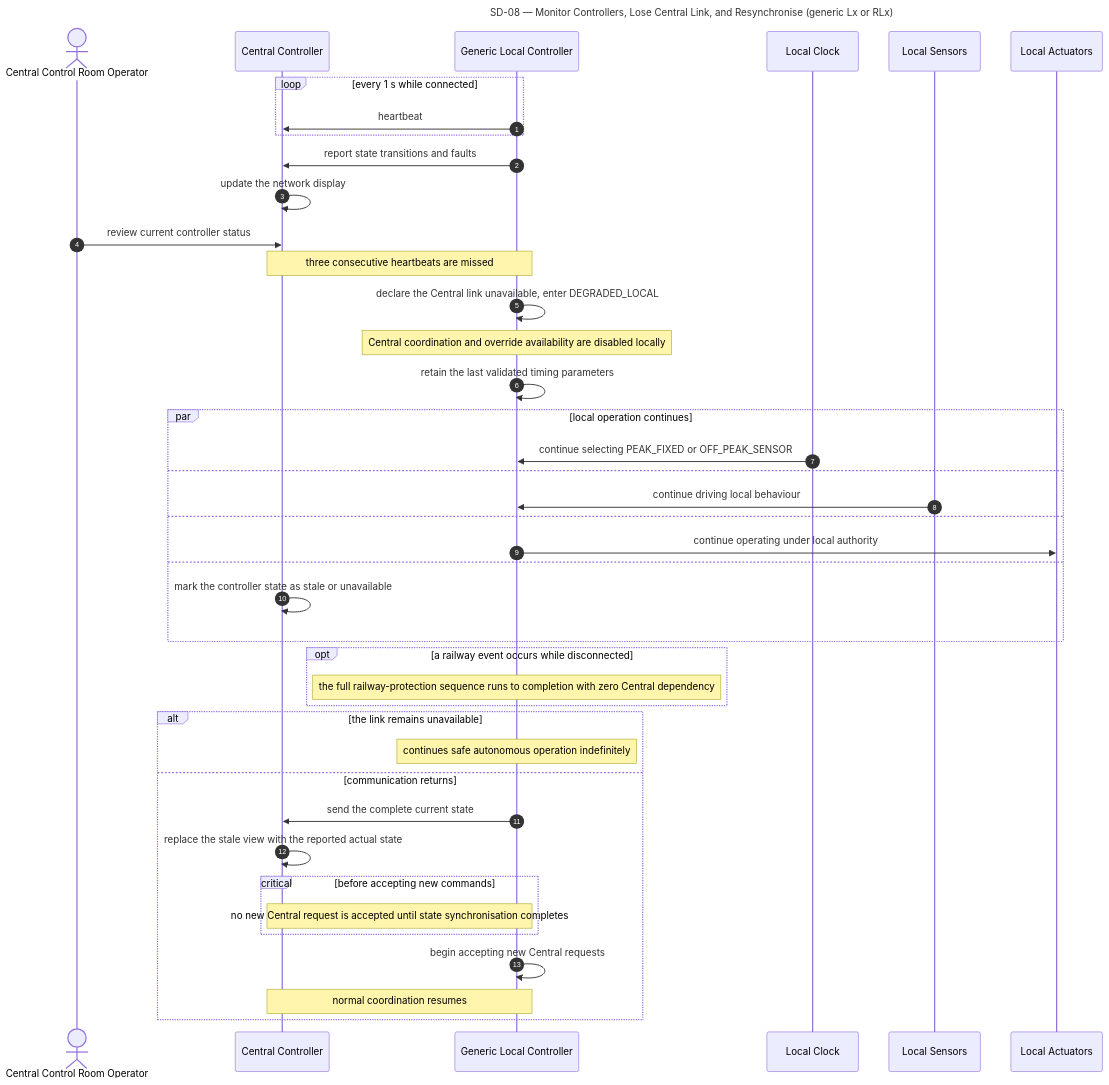
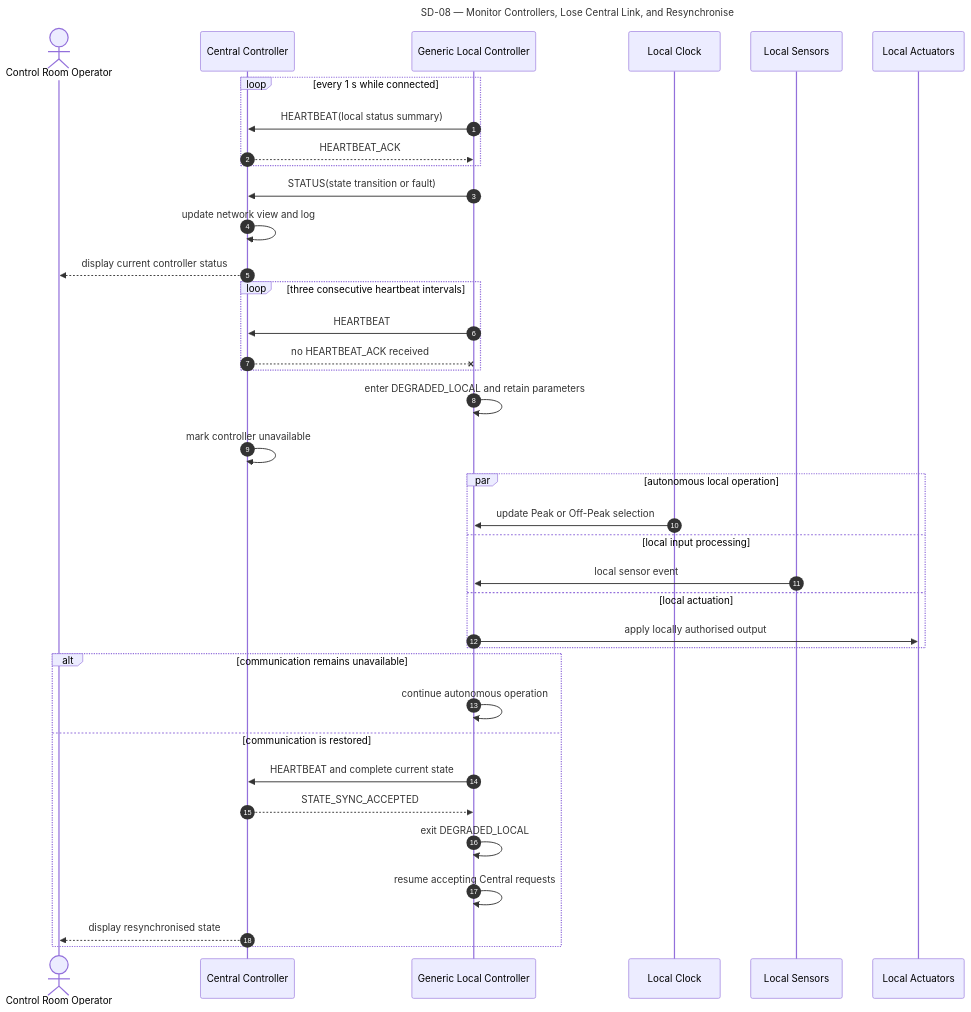
Before and after one commit to lucietran03/traffic-control-system: the eighth of 8 diagrams in SEQUENCE_DIAGRAMS.md, drawn with Mermaid. The commit also changed other lines of this file, not shown here.

Commit message:
Make sequence diagrams report-ready

````diff
--- a/SEQUENCE_DIAGRAMS.md
+++ b/SEQUENCE_DIAGRAMS.md
@@ -584,57 +381,51 @@
 ```mermaid
 ---
-title: SD-08 — Monitor Controllers, Lose Central Link, and Resynchronise (generic Lx or RLx)
+title: SD-08 — Monitor Controllers, Lose Central Link, and Resynchronise
 ---
 sequenceDiagram
     accTitle: SD-08 Monitor Controllers, Lose Central Link, and Resynchronise
-    accDescr: Chronological flow of normal heartbeat monitoring, entry into DEGRADED_LOCAL after three missed heartbeats with continued local autonomy, and the resynchronisation sequence on reconnection.
+    accDescr: A local controller is monitored while connected, continues autonomously after heartbeat loss, and resynchronises its current state before accepting new Central commands.
     autonumber
 
-    actor Op as Central Control Room Operator
+    actor Op as Control Room Operator
     participant C1 as Central Controller
     participant Gx as Generic Local Controller
     participant Clk as Local Clock
     participant Sn as Local Sensors
     participant Ac as Local Actuators
 
     loop every 1 s while connected
-        Gx->>C1: heartbeat
+        Gx->>C1: HEARTBEAT(local status summary)
+        C1-->>Gx: HEARTBEAT_ACK
     end
 
-    Gx->>C1: report state transitions and faults
-    C1->>C1: update the network display
-    Op->>C1: review current controller status
+    Gx->>C1: STATUS(state transition or fault)
+    C1->>C1: update network view and log
+    C1-->>Op: display current controller status
 
-    Note over Gx,C1: three consecutive heartbeats are missed
-    Gx->>Gx: declare the Central link unavailable, enter DEGRADED_LOCAL
-    Note over Gx: Central coordination and override availability are disabled locally
-    Gx->>Gx: retain the last validated timing parameters
-
-    par local operation continues
-        Clk->>Gx: continue selecting PEAK_FIXED or OFF_PEAK_SENSOR
-    and
-        Sn->>Gx: continue driving local behaviour
-    and
-        Gx->>Ac: continue operating under local authority
-    and
-        C1->>C1: mark the controller state as stale or unavailable
+    loop three consecutive heartbeat intervals
+        Gx->>C1: HEARTBEAT
+        C1--xGx: no HEARTBEAT_ACK received
     end
 
-    opt a railway event occurs while disconnected
-        Note over Gx: the full railway-protection sequence runs to completion with zero Central dependency
+    Gx->>Gx: enter DEGRADED_LOCAL and retain parameters
+    C1->>C1: mark controller unavailable
+
+    par autonomous local operation
+        Clk->>Gx: update Peak or Off-Peak selection
+    and local input processing
+        Sn->>Gx: local sensor event
+    and local actuation
+        Gx->>Ac: apply locally authorised output
     end
 
-    alt the link remains unavailable
-        Note over Gx: continues safe autonomous operation indefinitely
-    else communication returns
-        Gx->>C1: send the complete current state
-        C1->>C1: replace the stale view with the reported actual state
-
-        critical before accepting new commands
-            Note over Gx,C1: no new Central request is accepted until state synchronisation completes
-        end
-
-        Gx->>Gx: begin accepting new Central requests
-        Note over Gx,C1: normal coordination resumes
+    alt communication remains unavailable
+        Gx->>Gx: continue autonomous operation
+    else communication is restored
+        Gx->>C1: HEARTBEAT and complete current state
+        C1-->>Gx: STATE_SYNC_ACCEPTED
+        Gx->>Gx: exit DEGRADED_LOCAL
+        Gx->>Gx: resume accepting Central requests
+        C1-->>Op: display resynchronised state
     end
 ```
````
